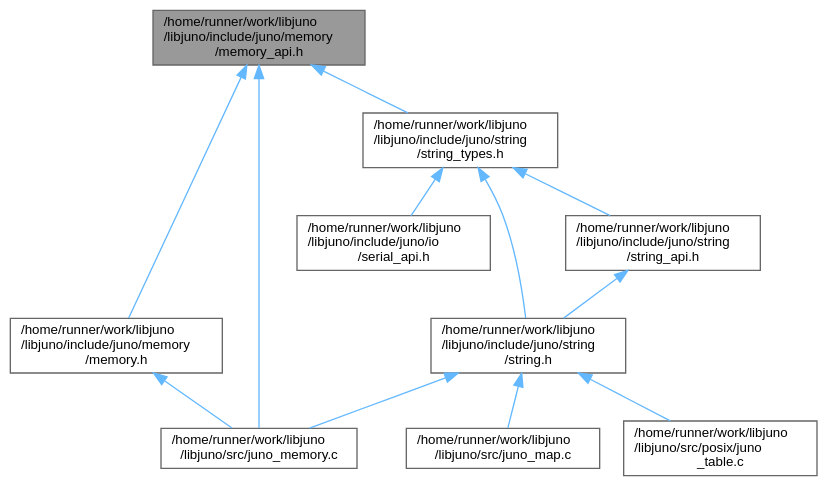
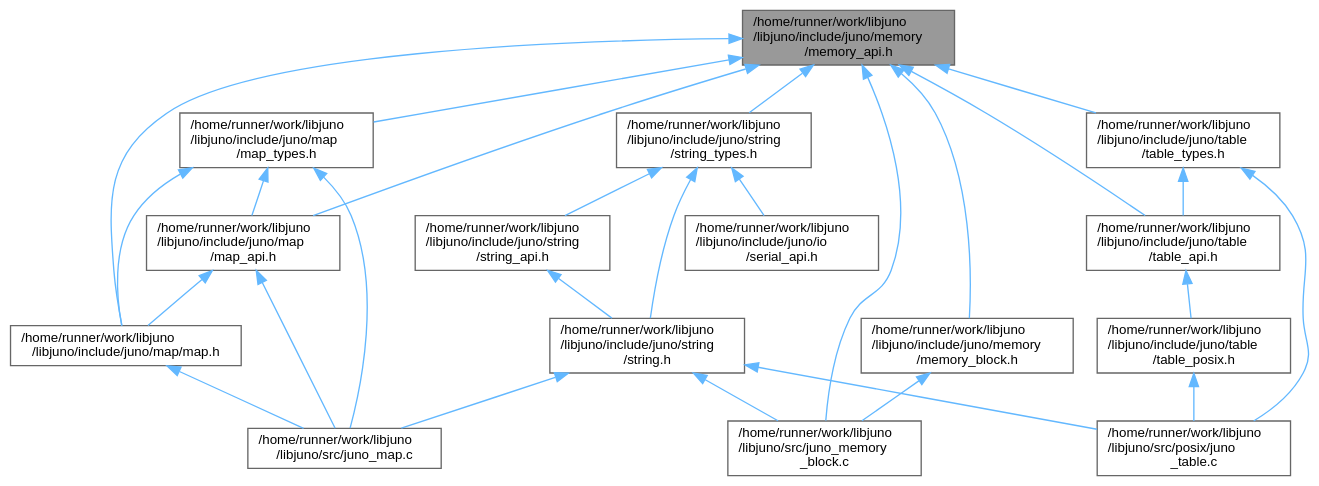
The diagram in memory__api_8h__dep__incl.dot (robinonsay/libjuno), drawn with Graphviz before and after one commit. The commit also changed 208 other files, not shown here.

```diff
--- a/memory__api_8h__dep__incl.dot
+++ b/memory__api_8h__dep__incl.dot
@@ -1,27 +1,48 @@
 digraph "/home/runner/work/libjuno/libjuno/include/juno/memory/memory_api.h"
 {
  // LATEX_PDF_SIZE
   bgcolor="transparent";
   edge [fontname=Helvetica,fontsize=10,labelfontname=Helvetica,labelfontsize=10];
   node [fontname=Helvetica,fontsize=10,shape=box,height=0.2,width=0.4];
   Node1 [id="Node000001",label="/home/runner/work/libjuno\l/libjuno/include/juno/memory\l/memory_api.h",height=0.2,width=0.4,color="gray40", fillcolor="grey60", style="filled", fontcolor="black",tooltip=" "];
   Node1 -> Node2 [id="edge1_Node000001_Node000002",dir="back",color="steelblue1",style="solid",tooltip=" "];
-  Node2 [id="Node000002",label="/home/runner/work/libjuno\l/libjuno/include/juno/memory\l/memory.h",height=0.2,width=0.4,color="grey40", fillcolor="white", style="filled",URL="$memory_8h.html",tooltip=" "];
+  Node2 [id="Node000002",label="/home/runner/work/libjuno\l/libjuno/include/juno/map/map.h",height=0.2,width=0.4,color="grey40", fillcolor="white", style="filled",URL="$map_8h.html",tooltip=" "];
   Node2 -> Node3 [id="edge2_Node000002_Node000003",dir="back",color="steelblue1",style="solid",tooltip=" "];
-  Node3 [id="Node000003",label="/home/runner/work/libjuno\l/libjuno/src/juno_memory.c",height=0.2,width=0.4,color="grey40", fillcolor="white", style="filled",URL="$juno__memory_8c.html",tooltip=" "];
+  Node3 [id="Node000003",label="/home/runner/work/libjuno\l/libjuno/src/juno_map.c",height=0.2,width=0.4,color="grey40", fillcolor="white", style="filled",URL="$juno__map_8c.html",tooltip=" "];
   Node1 -> Node4 [id="edge3_Node000001_Node000004",dir="back",color="steelblue1",style="solid",tooltip=" "];
-  Node4 [id="Node000004",label="/home/runner/work/libjuno\l/libjuno/include/juno/string\l/string_types.h",height=0.2,width=0.4,color="grey40", fillcolor="white", style="filled",URL="$string__types_8h.html",tooltip=" "];
-  Node4 -> Node5 [id="edge4_Node000004_Node000005",dir="back",color="steelblue1",style="solid",tooltip=" "];
-  Node5 [id="Node000005",label="/home/runner/work/libjuno\l/libjuno/include/juno/io\l/serial_api.h",height=0.2,width=0.4,color="grey40", fillcolor="white", style="filled",URL="$serial__api_8h.html",tooltip=" "];
-  Node4 -> Node6 [id="edge5_Node000004_Node000006",dir="back",color="steelblue1",style="solid",tooltip=" "];
-  Node6 [id="Node000006",label="/home/runner/work/libjuno\l/libjuno/include/juno/string\l/string.h",height=0.2,width=0.4,color="grey40", fillcolor="white", style="filled",URL="$string_8h.html",tooltip=" "];
-  Node6 -> Node7 [id="edge6_Node000006_Node000007",dir="back",color="steelblue1",style="solid",tooltip=" "];
-  Node7 [id="Node000007",label="/home/runner/work/libjuno\l/libjuno/src/juno_map.c",height=0.2,width=0.4,color="grey40", fillcolor="white", style="filled",URL="$juno__map_8c.html",tooltip=" "];
-  Node6 -> Node3 [id="edge7_Node000006_Node000003",dir="back",color="steelblue1",style="solid",tooltip=" "];
-  Node6 -> Node8 [id="edge8_Node000006_Node000008",dir="back",color="steelblue1",style="solid",tooltip=" "];
-  Node8 [id="Node000008",label="/home/runner/work/libjuno\l/libjuno/src/posix/juno\l_table.c",height=0.2,width=0.4,color="grey40", fillcolor="white", style="filled",URL="$juno__table_8c.html",tooltip=" "];
-  Node4 -> Node9 [id="edge9_Node000004_Node000009",dir="back",color="steelblue1",style="solid",tooltip=" "];
-  Node9 [id="Node000009",label="/home/runner/work/libjuno\l/libjuno/include/juno/string\l/string_api.h",height=0.2,width=0.4,color="grey40", fillcolor="white", style="filled",URL="$string__api_8h.html",tooltip=" "];
-  Node9 -> Node6 [id="edge10_Node000009_Node000006",dir="back",color="steelblue1",style="solid",tooltip=" "];
-  Node1 -> Node3 [id="edge11_Node000001_Node000003",dir="back",color="steelblue1",style="solid",tooltip=" "];
+  Node4 [id="Node000004",label="/home/runner/work/libjuno\l/libjuno/include/juno/map\l/map_api.h",height=0.2,width=0.4,color="grey40", fillcolor="white", style="filled",URL="$map__api_8h.html",tooltip=" "];
+  Node4 -> Node2 [id="edge4_Node000004_Node000002",dir="back",color="steelblue1",style="solid",tooltip=" "];
+  Node4 -> Node3 [id="edge5_Node000004_Node000003",dir="back",color="steelblue1",style="solid",tooltip=" "];
+  Node1 -> Node5 [id="edge6_Node000001_Node000005",dir="back",color="steelblue1",style="solid",tooltip=" "];
+  Node5 [id="Node000005",label="/home/runner/work/libjuno\l/libjuno/include/juno/map\l/map_types.h",height=0.2,width=0.4,color="grey40", fillcolor="white", style="filled",URL="$map__types_8h.html",tooltip=" "];
+  Node5 -> Node2 [id="edge7_Node000005_Node000002",dir="back",color="steelblue1",style="solid",tooltip=" "];
+  Node5 -> Node4 [id="edge8_Node000005_Node000004",dir="back",color="steelblue1",style="solid",tooltip=" "];
+  Node5 -> Node3 [id="edge9_Node000005_Node000003",dir="back",color="steelblue1",style="solid",tooltip=" "];
+  Node1 -> Node6 [id="edge10_Node000001_Node000006",dir="back",color="steelblue1",style="solid",tooltip=" "];
+  Node6 [id="Node000006",label="/home/runner/work/libjuno\l/libjuno/include/juno/memory\l/memory_block.h",height=0.2,width=0.4,color="grey40", fillcolor="white", style="filled",URL="$memory__block_8h.html",tooltip=" "];
+  Node6 -> Node7 [id="edge11_Node000006_Node000007",dir="back",color="steelblue1",style="solid",tooltip=" "];
+  Node7 [id="Node000007",label="/home/runner/work/libjuno\l/libjuno/src/juno_memory\l_block.c",height=0.2,width=0.4,color="grey40", fillcolor="white", style="filled",URL="$juno__memory__block_8c.html",tooltip=" "];
+  Node1 -> Node8 [id="edge12_Node000001_Node000008",dir="back",color="steelblue1",style="solid",tooltip=" "];
+  Node8 [id="Node000008",label="/home/runner/work/libjuno\l/libjuno/include/juno/string\l/string_types.h",height=0.2,width=0.4,color="grey40", fillcolor="white", style="filled",URL="$string__types_8h.html",tooltip=" "];
+  Node8 -> Node9 [id="edge13_Node000008_Node000009",dir="back",color="steelblue1",style="solid",tooltip=" "];
+  Node9 [id="Node000009",label="/home/runner/work/libjuno\l/libjuno/include/juno/io\l/serial_api.h",height=0.2,width=0.4,color="grey40", fillcolor="white", style="filled",URL="$serial__api_8h.html",tooltip=" "];
+  Node8 -> Node10 [id="edge14_Node000008_Node000010",dir="back",color="steelblue1",style="solid",tooltip=" "];
+  Node10 [id="Node000010",label="/home/runner/work/libjuno\l/libjuno/include/juno/string\l/string.h",height=0.2,width=0.4,color="grey40", fillcolor="white", style="filled",URL="$string_8h.html",tooltip=" "];
+  Node10 -> Node3 [id="edge15_Node000010_Node000003",dir="back",color="steelblue1",style="solid",tooltip=" "];
+  Node10 -> Node7 [id="edge16_Node000010_Node000007",dir="back",color="steelblue1",style="solid",tooltip=" "];
+  Node10 -> Node11 [id="edge17_Node000010_Node000011",dir="back",color="steelblue1",style="solid",tooltip=" "];
+  Node11 [id="Node000011",label="/home/runner/work/libjuno\l/libjuno/src/posix/juno\l_table.c",height=0.2,width=0.4,color="grey40", fillcolor="white", style="filled",URL="$juno__table_8c.html",tooltip=" "];
+  Node8 -> Node12 [id="edge18_Node000008_Node000012",dir="back",color="steelblue1",style="solid",tooltip=" "];
+  Node12 [id="Node000012",label="/home/runner/work/libjuno\l/libjuno/include/juno/string\l/string_api.h",height=0.2,width=0.4,color="grey40", fillcolor="white", style="filled",URL="$string__api_8h.html",tooltip=" "];
+  Node12 -> Node10 [id="edge19_Node000012_Node000010",dir="back",color="steelblue1",style="solid",tooltip=" "];
+  Node1 -> Node13 [id="edge20_Node000001_Node000013",dir="back",color="steelblue1",style="solid",tooltip=" "];
+  Node13 [id="Node000013",label="/home/runner/work/libjuno\l/libjuno/include/juno/table\l/table_api.h",height=0.2,width=0.4,color="grey40", fillcolor="white", style="filled",URL="$table__api_8h.html",tooltip=" "];
+  Node13 -> Node14 [id="edge21_Node000013_Node000014",dir="back",color="steelblue1",style="solid",tooltip=" "];
+  Node14 [id="Node000014",label="/home/runner/work/libjuno\l/libjuno/include/juno/table\l/table_posix.h",height=0.2,width=0.4,color="grey40", fillcolor="white", style="filled",URL="$table__posix_8h.html",tooltip=" "];
+  Node14 -> Node11 [id="edge22_Node000014_Node000011",dir="back",color="steelblue1",style="solid",tooltip=" "];
+  Node1 -> Node15 [id="edge23_Node000001_Node000015",dir="back",color="steelblue1",style="solid",tooltip=" "];
+  Node15 [id="Node000015",label="/home/runner/work/libjuno\l/libjuno/include/juno/table\l/table_types.h",height=0.2,width=0.4,color="grey40", fillcolor="white", style="filled",URL="$table__types_8h.html",tooltip=" "];
+  Node15 -> Node13 [id="edge24_Node000015_Node000013",dir="back",color="steelblue1",style="solid",tooltip=" "];
+  Node15 -> Node11 [id="edge25_Node000015_Node000011",dir="back",color="steelblue1",style="solid",tooltip=" "];
+  Node1 -> Node7 [id="edge26_Node000001_Node000007",dir="back",color="steelblue1",style="solid",tooltip=" "];
 }
```
